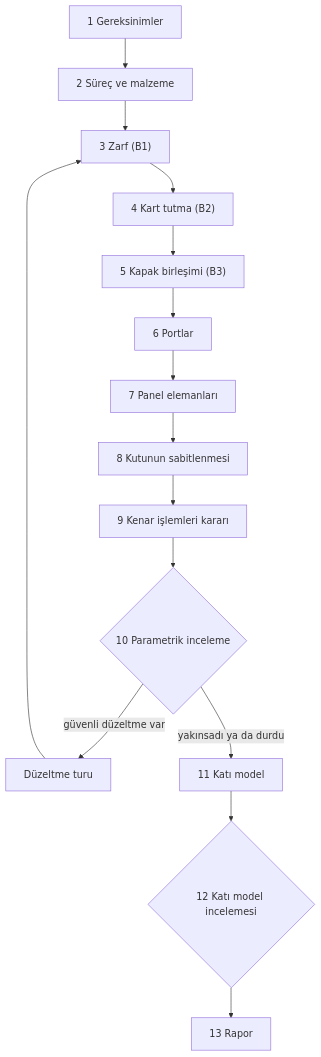
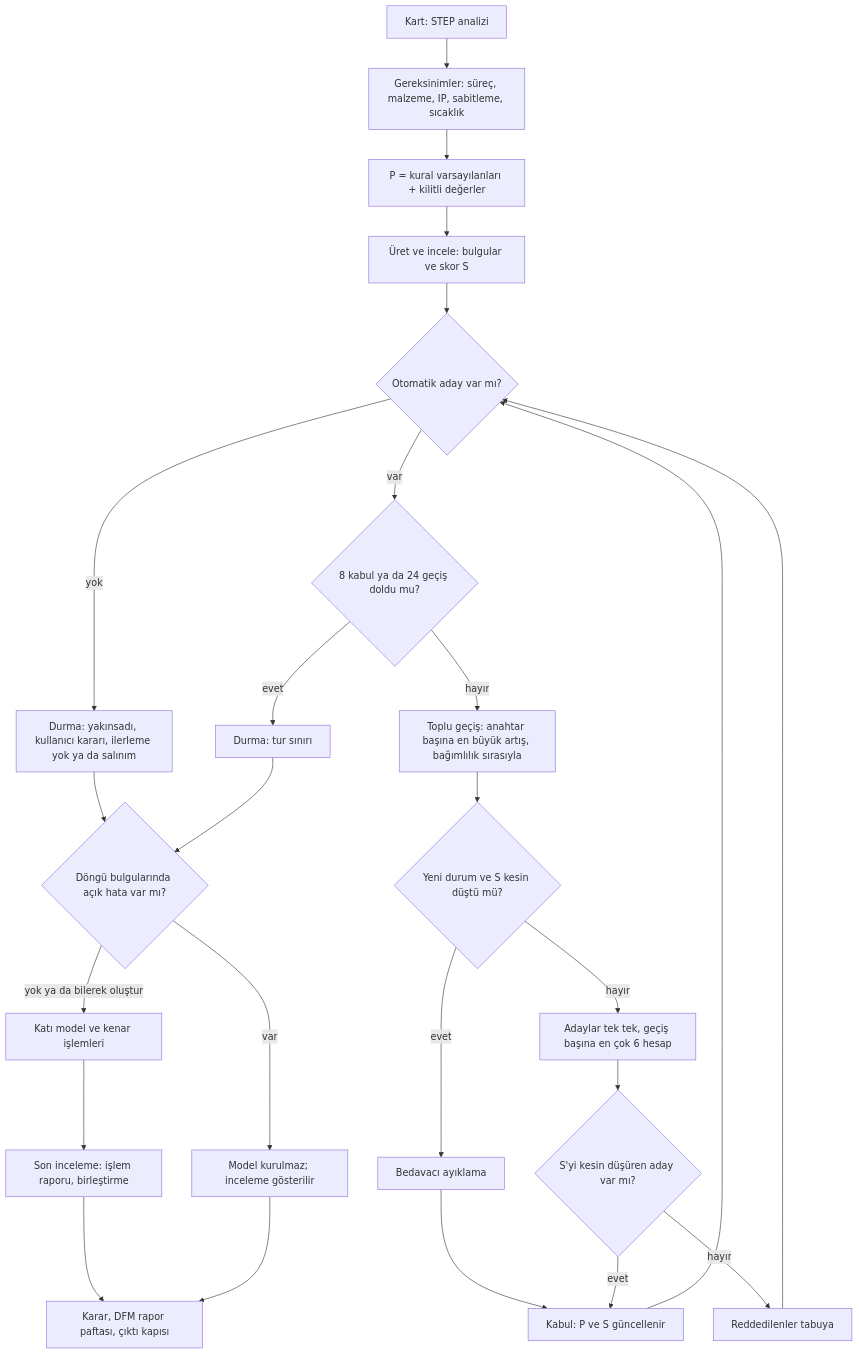
Before and after one commit to ozguregemen/ikra-enclosure-engine: the diagram in docs/TASARIM-ALGORITMASI.md, drawn with Mermaid. The commit also changed other lines of this file and 1 other file, not shown here.

````diff
--- a/docs/TASARIM-ALGORITMASI.md
+++ b/docs/TASARIM-ALGORITMASI.md
@@ -46,9 +51,25 @@
 ```mermaid
 flowchart TD
-  A["1 Gereksinimler"] --> B["2 Süreç ve malzeme"]
-  B --> C["3 Zarf (B1)"] --> D["4 Kart tutma (B2)"] --> E["5 Kapak birleşimi (B3)"]
-  E --> F["6 Portlar"] --> G["7 Panel elemanları"] --> H["8 Kutunun sabitlenmesi"]
-  H --> I["9 Kenar işlemleri kararı"] --> J{"10 Parametrik inceleme"}
-  J -- "güvenli düzeltme var" --> K["Düzeltme turu"] --> C
-  J -- "yakınsadı ya da durdu" --> L["11 Katı model"] --> M{"12 Katı model incelemesi"} --> N["13 Rapor"]
+  K["Kart: STEP analizi"] --> G["Gereksinimler: süreç, malzeme, IP, sabitleme, sıcaklık"]
+  G --> P0["P = kural varsayılanları + kilitli değerler"]
+  P0 --> U["Üret ve incele: bulgular ve skor S"]
+  U --> C{"Otomatik aday var mı?"}
+  C -- "yok" --> DUR["Durma: yakınsadı, kullanıcı kararı, ilerleme yok ya da salınım"]
+  C -- "var" --> SN{"8 kabul ya da 24 geçiş doldu mu?"}
+  SN -- "evet" --> TS["Durma: tur sınırı"]
+  SN -- "hayır" --> TP["Toplu geçiş: anahtar başına en büyük artış, bağımlılık sırasıyla"]
+  TP --> TK{"Yeni durum ve S kesin düştü mü?"}
+  TK -- "evet" --> BA["Bedavacı ayıklama"] --> KB["Kabul: P ve S güncellenir"]
+  TK -- "hayır" --> TT["Adaylar tek tek, geçiş başına en çok 6 hesap"]
+  TT --> TQ{"S'yi kesin düşüren aday var mı?"}
+  TQ -- "evet" --> KB
+  TQ -- "hayır" --> TB["Reddedilenler tabuya"] --> C
+  KB --> C
+  DUR --> KM{"Döngü bulgularında açık hata var mı?"}
+  TS --> KM
+  KM -- "yok ya da bilerek oluştur" --> KS["Katı model ve kenar işlemleri"]
+  KM -- "var" --> BK["Model kurulmaz; inceleme gösterilir"]
+  KS --> SI["Son inceleme: işlem raporu, birleştirme"]
+  SI --> KR["Karar, DFM rapor paftası, çıktı kapısı"]
+  BK --> KR
 ```
````
